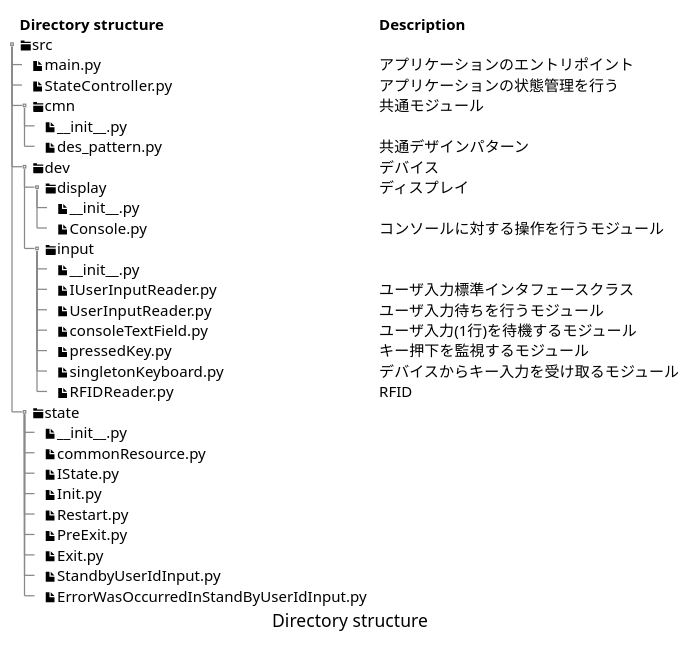
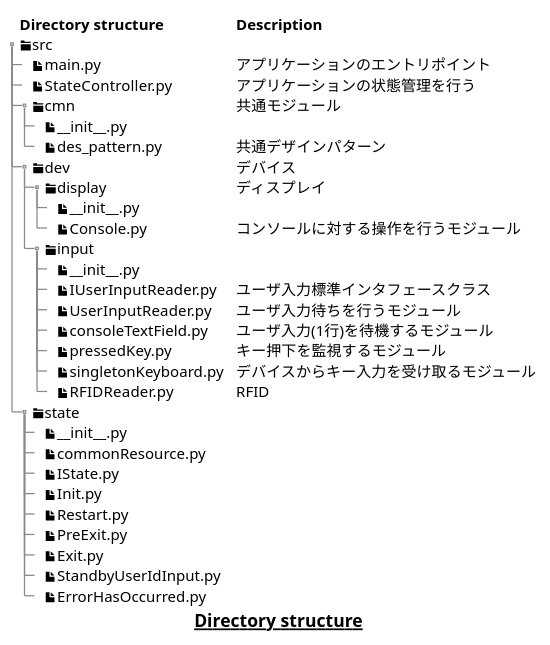
The first of 6 diagrams in doc/design.md (A-Yasue/EquipmentBookingSystem), drawn with PlantUML before and after one commit. The commit also changed other lines of this file and 4 other files, not shown here.

Commit message:
Document was updated, and identifier was modified from ErrorWasOccurred to ErrorHasOccurred.

````diff
--- a/doc/design.md
+++ b/doc/design.md
@@ -21,37 +21,37 @@
 ```plantuml
 salt
 {
     {T
         **Directory structure**                             | **Description**
          <&folder>src                                       | .
         + <&file>main.py                                    | アプリケーションのエントリポイント
         + <&file>StateController.py                         | アプリケーションの状態管理を行う
         + <&folder>cmn                                      | 共通モジュール
         ++ <&file>~__init__.py                              | .
         ++ <&file>des_pattern.py                            | 共通デザインパターン
         + <&folder>dev                                      | デバイス
         ++ <&folder>display                                 | ディスプレイ
         +++ <&file>~__init__.py                             | .
         +++ <&file>Console.py                               | コンソールに対する操作を行うモジュール
         ++ <&folder>input                                   | .
         +++ <&file>~__init__.py                             | .
         +++ <&file>IUserInputReader.py                      | ユーザ入力標準インタフェースクラス
         +++ <&file>UserInputReader.py                       | ユーザ入力待ちを行うモジュール
         +++ <&file>consoleTextField.py                      | ユーザ入力(1行)を待機するモジュール
         +++ <&file>pressedKey.py                            | キー押下を監視するモジュール
         +++ <&file>singletonKeyboard.py                     | デバイスからキー入力を受け取るモジュール
         +++ <&file>RFIDReader.py                            | RFID
         + <&folder>state                                    | .
         ++ <&file>~__init__.py                              | .
         ++ <&file>commonResource.py                         | .
         ++ <&file>IState.py                                 | .
         ++ <&file>Init.py                                   | .
         ++ <&file>Restart.py                                | .
         ++ <&file>PreExit.py                                | .
         ++ <&file>Exit.py                                   | .
         ++ <&file>StandbyUserIdInput.py                     | .
-        ++ <&file>ErrorWasOccurredInStandByUserIdInput.py   | .
+        ++ <&file>ErrorHasOccurred.py                       | .
     }
 }
-caption Directory structure
+caption **__Directory structure__**
 ```
````
